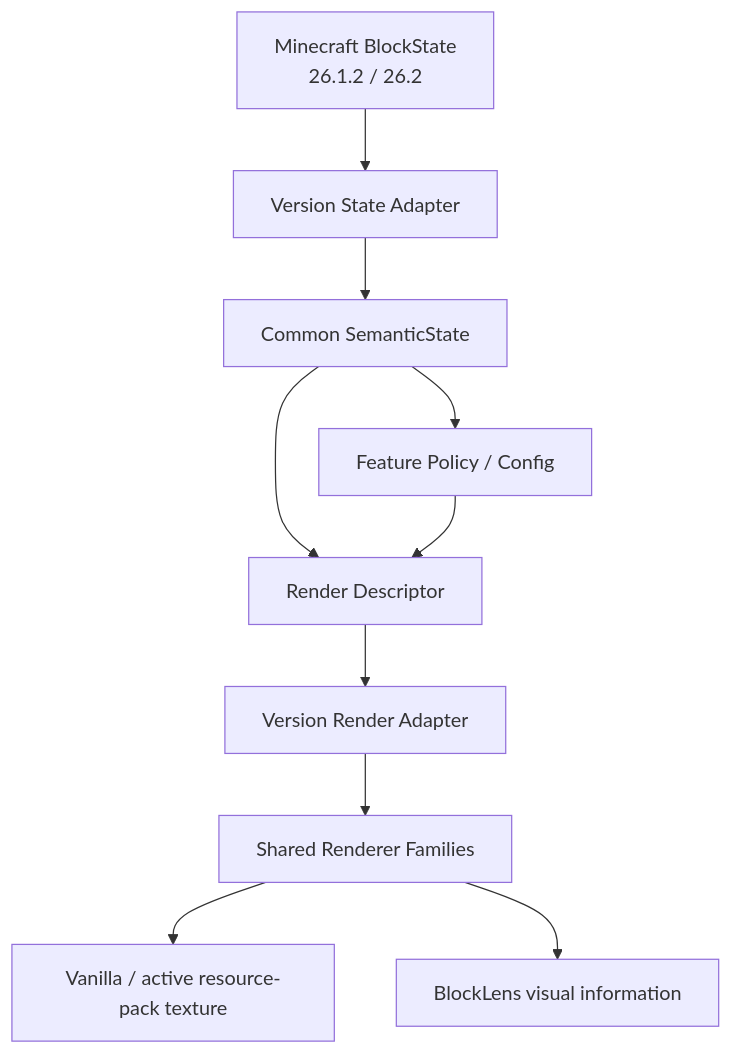
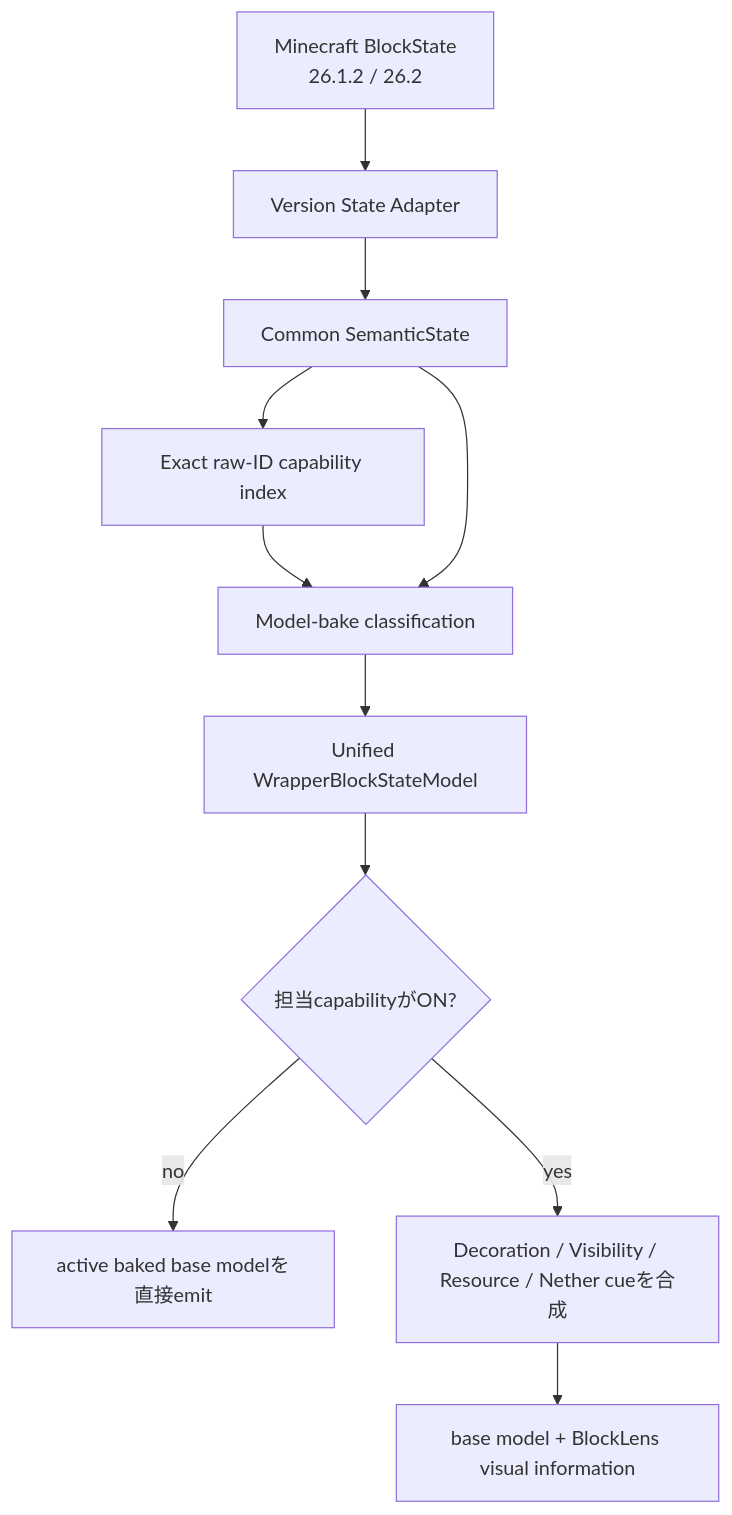
Before and after one commit to bosatsu25/BlockLens: the third of 5 diagrams in README_ja.md, drawn with Mermaid. The commit also changed other lines of this file, not shown here.

````diff
--- a/README_ja.md
+++ b/README_ja.md
@@ -78,12 +80,13 @@
 ```mermaid
 flowchart TD
     MC[Minecraft BlockState\n26.1.2 / 26.2] --> VA[Version State Adapter]
     VA --> SS[Common SemanticState]
-    SS --> FP[Feature Policy / Config]
-    SS --> RD[Render Descriptor]
-    FP --> RD
-    RD --> VR[Version Render Adapter]
-    VR --> SR[Shared Renderer Families]
-    SR --> BASE[Vanilla / active resource-pack texture]
-    SR --> EXTRA[BlockLens visual information]
+    SS --> IDX[Exact raw-ID capability index]
+    IDX --> BM[Model-bake classification]
+    SS --> BM
+    BM --> WRAP[Unified WrapperBlockStateModel]
+    WRAP --> Q{担当capabilityがON?}
+    Q -- no --> BASE[active baked base modelを直接emit]
+    Q -- yes --> CUES[Decoration / Visibility / Resource / Nether cueを合成]
+    CUES --> OUT[base model + BlockLens visual information]
 ```
````
